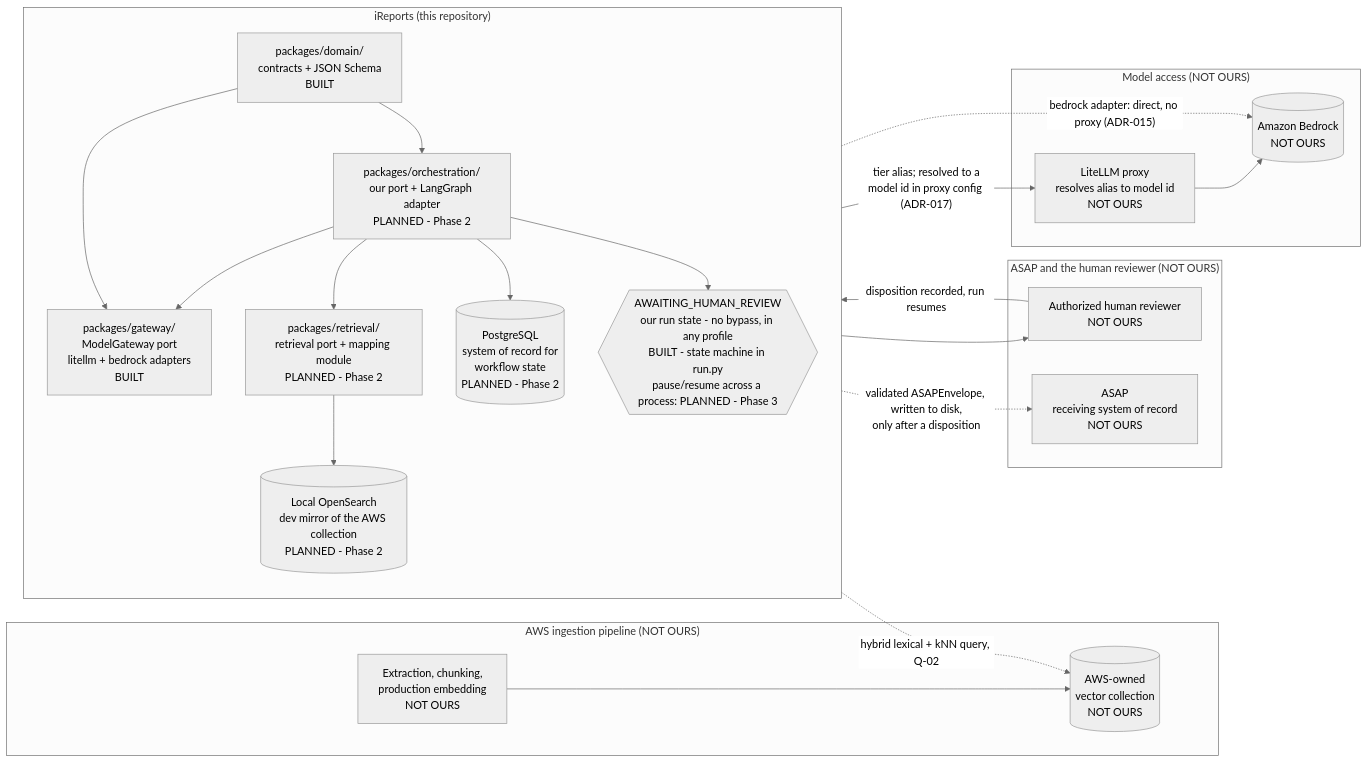
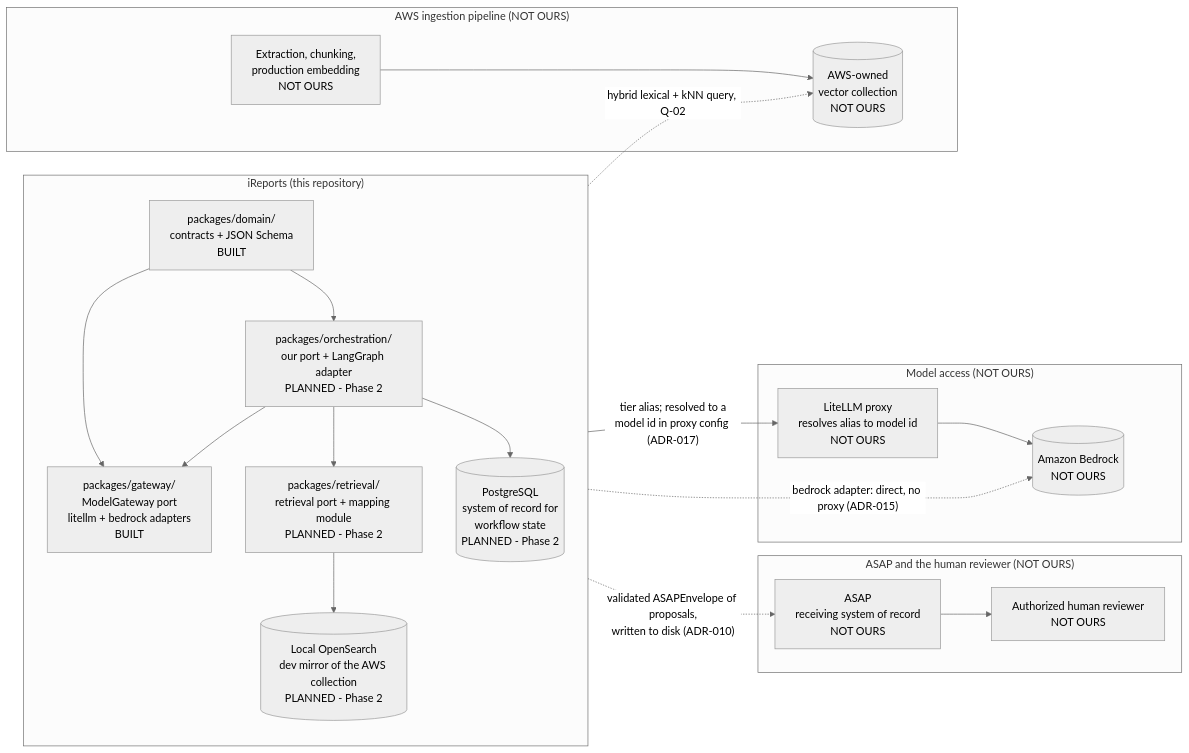
The first of 2 diagrams in docs/handoff/component-architecture.md (Amivero-LLC/asap-ireports-poc), drawn with Mermaid (neutral theme) before and after one commit. The commit also changed other lines of this file and 31 other files, not shown here.

First line of the commit message:
feat(contracts)!: remove the in-run review gate; review happens in ASAP (ADR-022)

````diff
--- a/docs/handoff/component-architecture.md
+++ b/docs/handoff/component-architecture.md
@@ -150,44 +156,41 @@
 ```mermaid
 flowchart LR
     subgraph OURS["iReports (this repository)"]
         direction TB
         DOMAIN["packages/domain/<br/>contracts + JSON Schema<br/>BUILT"]
         GATEWAY["packages/gateway/<br/>ModelGateway port<br/>litellm + bedrock adapters<br/>BUILT"]
         ORCH["packages/orchestration/<br/>our port + LangGraph adapter<br/>PLANNED - Phase 2"]
         RETR["packages/retrieval/<br/>retrieval port + mapping module<br/>PLANNED - Phase 2"]
         PG[("PostgreSQL<br/>system of record for<br/>workflow state<br/>PLANNED - Phase 2")]
         OSLOCAL[("Local OpenSearch<br/>dev mirror of the AWS collection<br/>PLANNED - Phase 2")]
-        GATE{{"AWAITING_HUMAN_REVIEW<br/>our run state - no bypass, in any profile<br/>BUILT - state machine in run.py<br/>pause/resume across a process: PLANNED - Phase 3"}}
     end
 
     subgraph AWSSIDE["AWS ingestion pipeline (NOT OURS)"]
         INGEST["Extraction, chunking,<br/>production embedding<br/>NOT OURS"]
         VCOL[("AWS-owned<br/>vector collection<br/>NOT OURS")]
     end
 
     subgraph DELIVERYSIDE["ASAP and the human reviewer (NOT OURS)"]
         REVIEWER["Authorized human reviewer<br/>NOT OURS"]
         ASAPSYS["ASAP<br/>receiving system of record<br/>NOT OURS"]
     end
 
     subgraph MODELSIDE["Model access (NOT OURS)"]
         PROXY["LiteLLM proxy<br/>resolves alias to model id<br/>NOT OURS"]
         BEDROCK[("Amazon Bedrock<br/>NOT OURS")]
     end
 
     DOMAIN --> ORCH
     DOMAIN --> GATEWAY
     ORCH --> GATEWAY
     ORCH --> RETR
     ORCH --> PG
     RETR --> OSLOCAL
     RETR -. "hybrid lexical + kNN query, Q-02" .-> VCOL
     INGEST --> VCOL
     GATEWAY -- "tier alias; resolved to a<br/>model id in proxy config (ADR-017)" --> PROXY
     PROXY --> BEDROCK
     GATEWAY -. "bedrock adapter: direct, no proxy (ADR-015)" .-> BEDROCK
-    ORCH --> GATE
-    GATE --> REVIEWER
-    REVIEWER -- "disposition recorded, run resumes" --> GATE
-    GATE -. "validated ASAPEnvelope, written to disk,<br/>only after a disposition" .-> ASAPSYS
+    ORCH -. "validated ASAPEnvelope of proposals,<br/>written to disk (ADR-010)" .-> ASAPSYS
+    ASAPSYS --> REVIEWER
 ```
````
